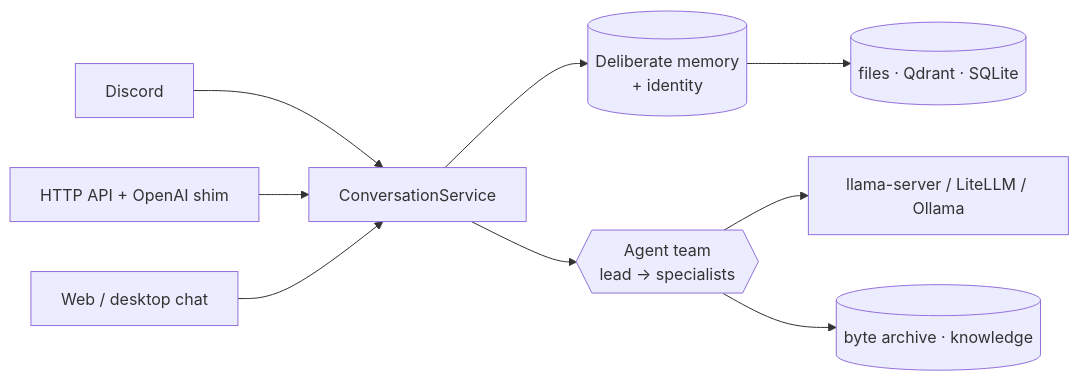
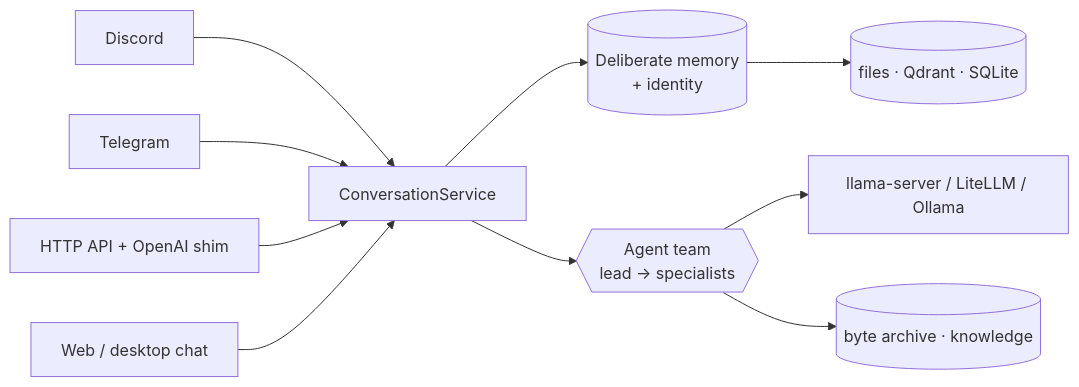
Before and after one commit to carneirofc/magi-ai-assistant: the diagram in README.md, drawn with Mermaid. The commit also changed other lines of this file and 21 other files, not shown here.

````diff
--- a/README.md
+++ b/README.md
@@ -52,11 +63,12 @@
 ```mermaid
 flowchart LR
     D[Discord] --> CS[ConversationService]
+    T[Telegram] --> CS
     A[HTTP API + OpenAI shim] --> CS
     W[Web / desktop chat] --> CS
     CS --> MEM[(Deliberate memory<br/>+ identity)]
     CS --> TEAM{{Agent team<br/>lead → specialists}}
     TEAM --> BK[llama-server / LiteLLM / Ollama]
     MEM --> ST[(files · Qdrant · SQLite)]
     TEAM --> OBJ[(byte archive · knowledge)]
 ```
````
